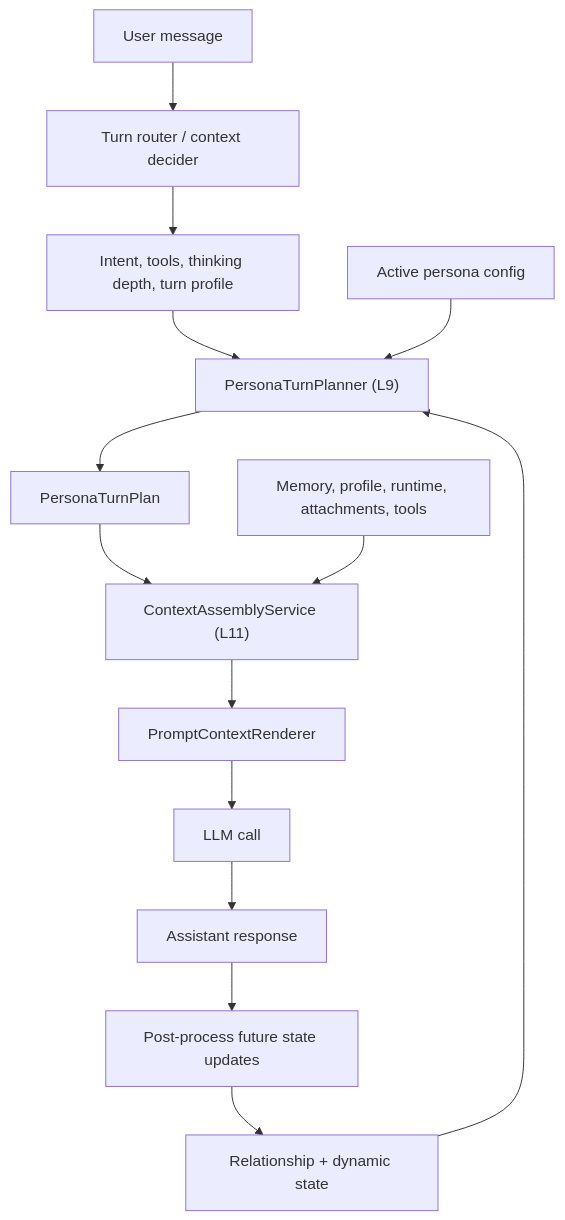
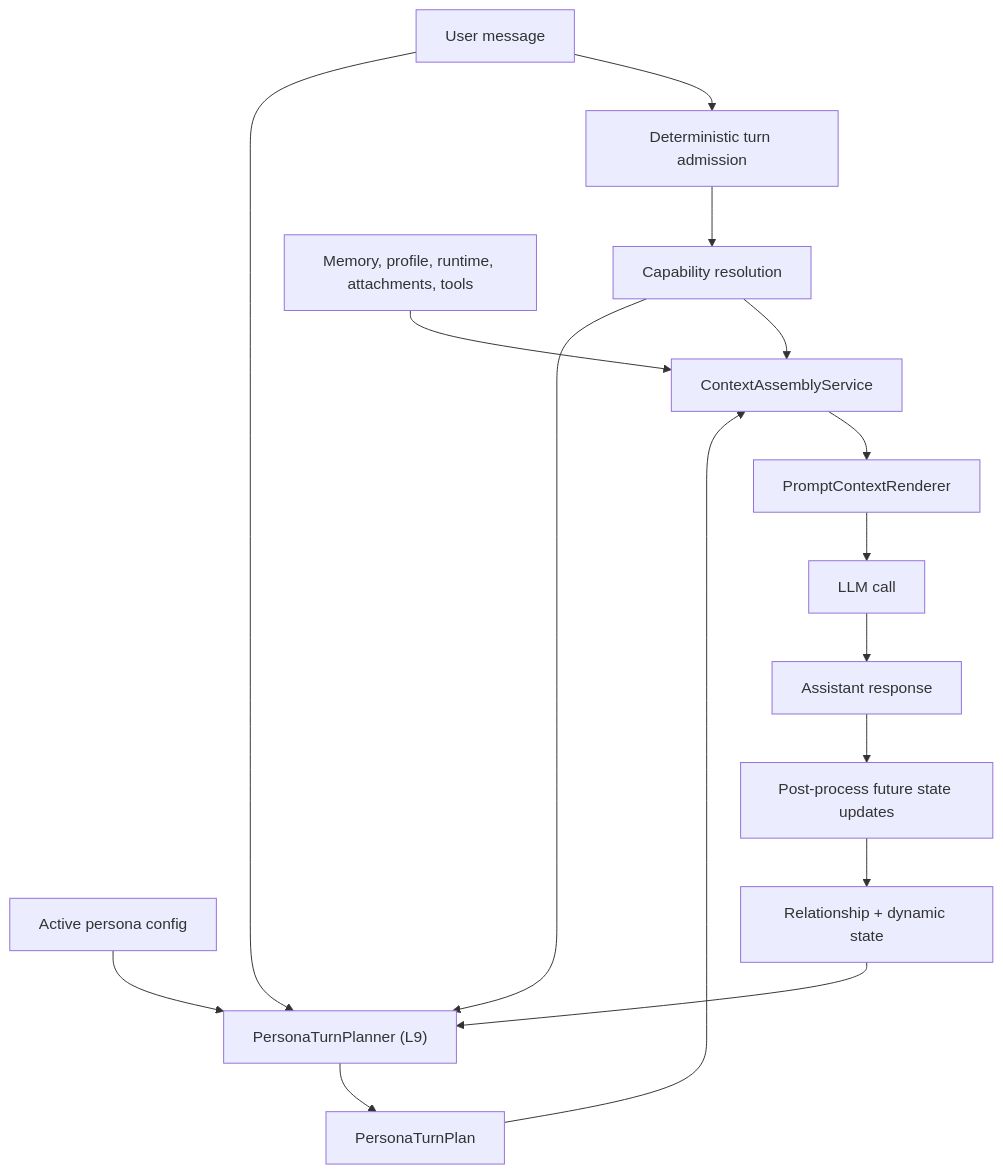
Before and after one commit to asukaonly/magi: the diagram in docs/persona-runtime-architecture.md, drawn with Mermaid. The commit also changed other lines of this file and 35 other files, not shown here.

````diff
--- a/docs/persona-runtime-architecture.md
+++ b/docs/persona-runtime-architecture.md
@@ -57,16 +59,18 @@
 ```mermaid
 flowchart TD
-    U["User message"] --> R["Turn router / context decider"]
-    R --> D["Intent, tools, thinking depth, turn profile"]
-    D --> P["PersonaTurnPlanner (L9)"]
+    U["User message"] --> D["Deterministic turn admission"]
+    D --> K["Capability resolution"]
+    K --> A["ContextAssemblyService"]
     C["Active persona config"] --> P
     S["Relationship + dynamic state"] --> P
+    U --> P["PersonaTurnPlanner (L9)"]
+    K --> P
     P --> T["PersonaTurnPlan"]
-    T --> A["ContextAssemblyService (L11)"]
+    T --> A
     M["Memory, profile, runtime, attachments, tools"] --> A
     A --> X["PromptContextRenderer"]
     X --> L["LLM call"]
     L --> O["Assistant response"]
     O --> Q["Post-process future state updates"]
     Q --> S
 ```
````
